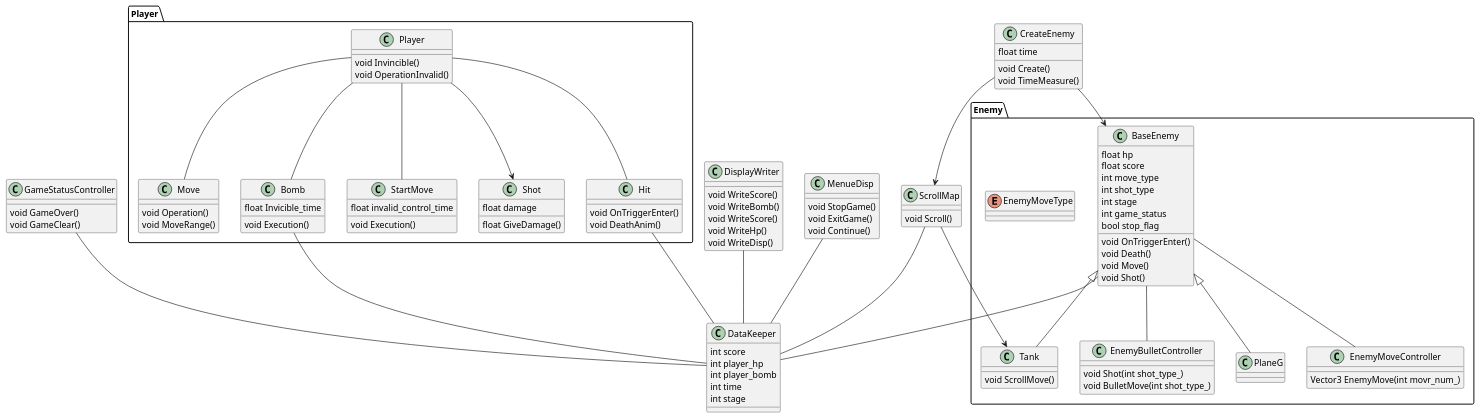
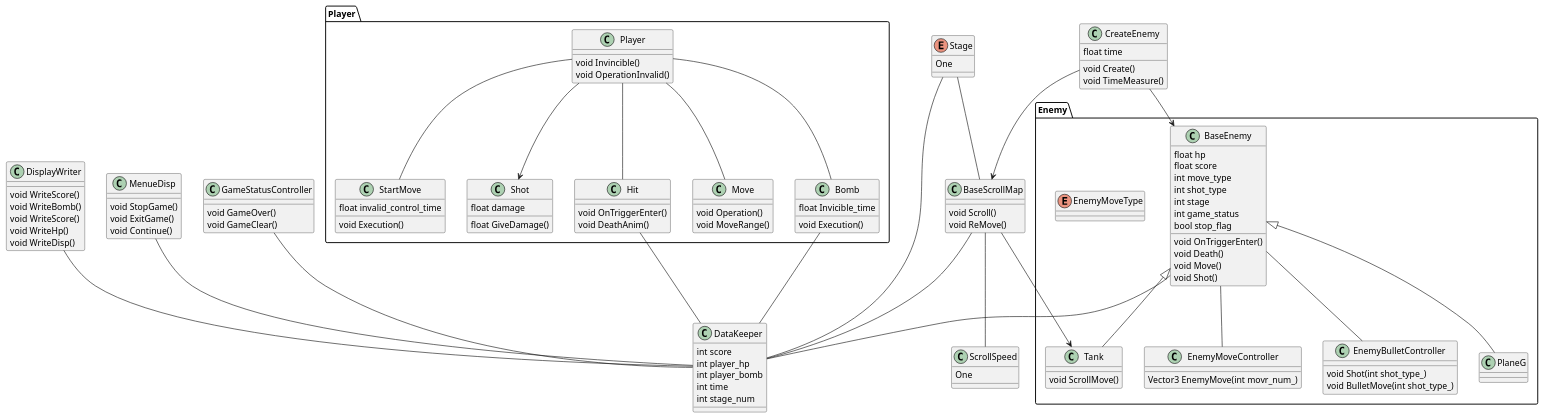
The diagram in proj_class.pu (m0bec/RePixFighter), drawn with PlantUML before and after one commit. The commit also changed 5 other files, not shown here.

```diff
--- a/proj_class.pu
+++ b/proj_class.pu
@@ -1,130 +1,140 @@
 @startuml{image html RePixFighter_class.png}
 
 class DataKeeper{
     int score
     int player_hp
     int player_bomb
     int time
-    int stage
+    int stage_num
 }
+
+enum Stage{
+    One
+}
+Stage -- DataKeeper
+Stage -- BaseScrollMap
 
 package Player{
     class Player{
         void Invincible()
         void OperationInvalid()
     }
 
     class Shot{
         float damage
         float GiveDamage()
     }
     Player --> Shot
 
     class Hit{
         void OnTriggerEnter()
         void DeathAnim()
     }
     Player -- Hit
     Hit -- DataKeeper
 
     class Move{
         void Operation()
         void MoveRange()
     }
     Player -- Move
 
     class Bomb{
         float Invicible_time
         void Execution()
     }
     Player -- Bomb
     Bomb -- DataKeeper
 
     class StartMove{
         void Execution()
         float invalid_control_time
     }
     Player -- StartMove
 }
 
 package Enemy{
     class BaseEnemy{
         float hp
         float score
         int move_type
         int shot_type
         int stage
         int game_status
         bool stop_flag
         void OnTriggerEnter()
         void Death()
         void Move()
         void Shot()
     }
     BaseEnemy -- DataKeeper
     BaseEnemy -- EnemyMoveController
     BaseEnemy -- EnemyBulletController
 
     class EnemyMoveController{
         Vector3 EnemyMove(int movr_num_)
     }
 
     class EnemyBulletController{
         void Shot(int shot_type_)
         void BulletMove(int shot_type_)
     }
 
     enum EnemyMoveType{
 
     }
 
     class Tank{
         void ScrollMove()
     }
     BaseEnemy <|-- Tank
 
     class PlaneG{
 
     }
     BaseEnemy <|-- PlaneG
 
 }
 
 class CreateEnemy{
     float time
     void Create()
     void TimeMeasure()
 }
 CreateEnemy --> BaseEnemy
-CreateEnemy --> ScrollMap
+CreateEnemy --> BaseScrollMap
 
-
-class ScrollMap{
+class ScrollSpeed{
+    One
+}
+class BaseScrollMap{
     void Scroll()
+    void ReMove()
 }
-ScrollMap --> Tank
-ScrollMap -- DataKeeper
+BaseScrollMap --> Tank
+BaseScrollMap -- DataKeeper
+BaseScrollMap -- ScrollSpeed
 
 class DisplayWriter{
     void WriteScore()
     void WriteBomb()
     void WriteScore()
     void WriteHp()
     void WriteDisp()
 }
 DisplayWriter -- DataKeeper
 
 class MenueDisp{
     void StopGame()
     void ExitGame()
     void Continue()
 }
 MenueDisp -- DataKeeper
 
 class GameStatusController{
     void GameOver()
     void GameClear()
 }
 GameStatusController -- DataKeeper
 
 @enduml
```
